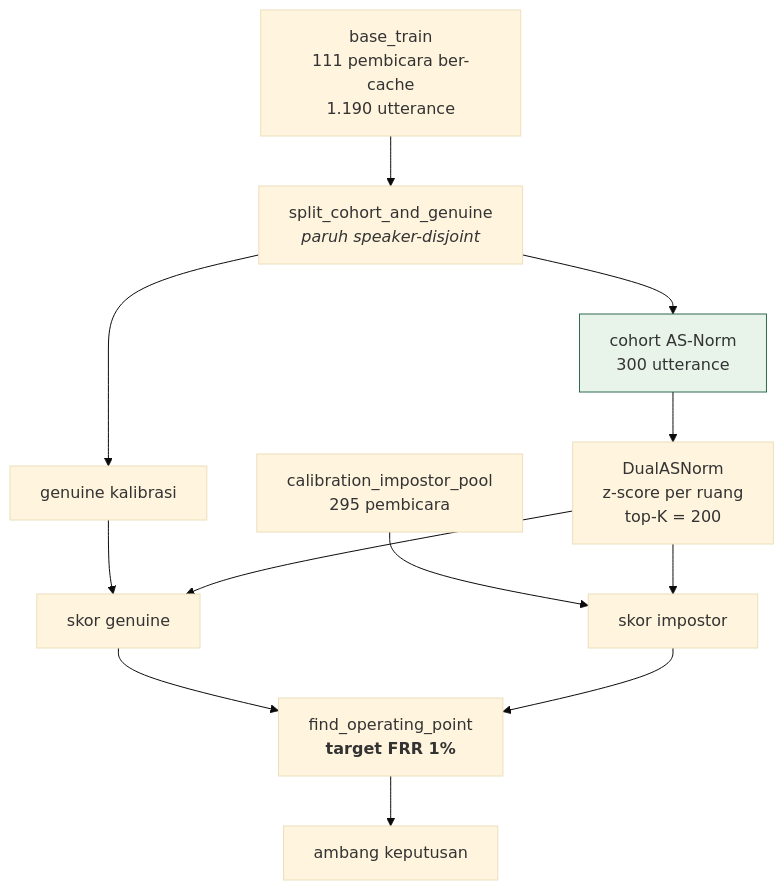
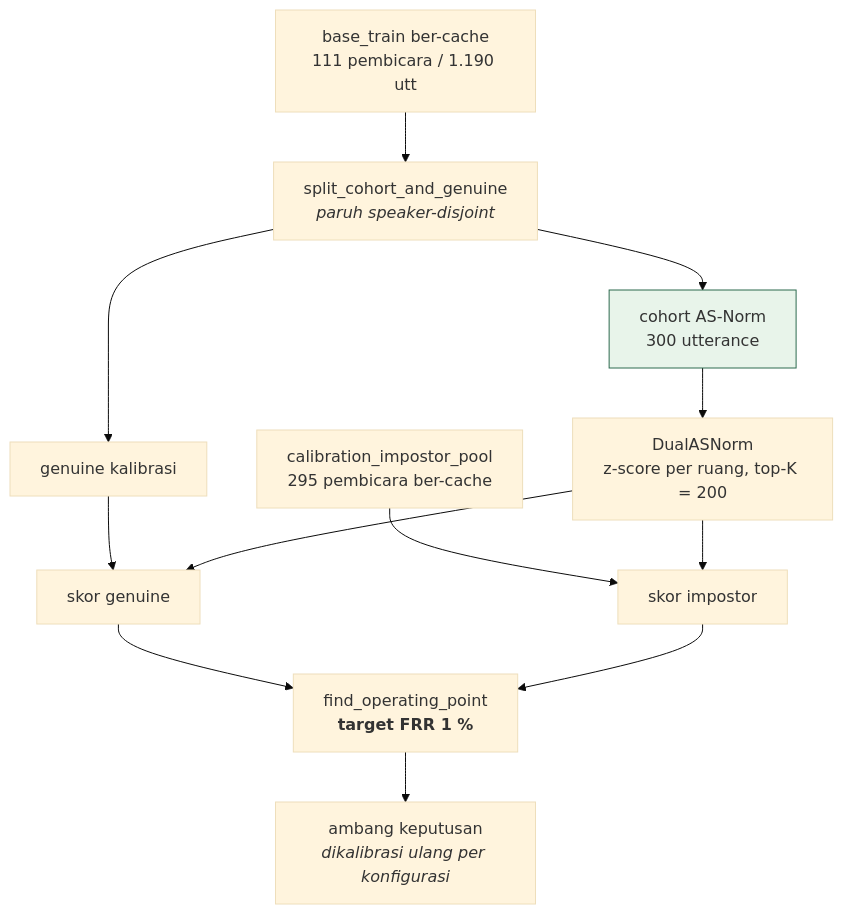
Before and after one commit to nilammufidah19/Incremental-OpenSet-SpeakerRecognition: the third of 4 diagrams in docs/experiment-6.md, drawn with Mermaid (base theme). The commit also changed other lines of this file, not shown here.

````diff
--- a/docs/experiment-6.md
+++ b/docs/experiment-6.md
@@ -166,16 +126,16 @@
 ```mermaid
 flowchart TD
-    A["base_train<br/>111 pembicara ber-cache<br/>1.190 utterance"] --> B["split_cohort_and_genuine<br/><i>paruh speaker-disjoint</i>"]
+    A["base_train ber-cache<br/>111 pembicara / 1.190 utt"] --> B["split_cohort_and_genuine<br/><i>paruh speaker-disjoint</i>"]
     B --> C["cohort AS-Norm<br/>300 utterance"]
     B --> D["genuine kalibrasi"]
-    E["calibration_impostor_pool<br/>295 pembicara"] --> F["skor impostor"]
+    E["calibration_impostor_pool<br/>295 pembicara ber-cache"] --> F["skor impostor"]
     D --> G["skor genuine"]
-    C --> H["DualASNorm<br/>z-score per ruang<br/>top-K = 200"]
+    C --> H["DualASNorm<br/>z-score per ruang, top-K = 200"]
     H --> G
     H --> F
-    G --> I["find_operating_point<br/><b>target FRR 1%</b>"]
+    G --> I["find_operating_point<br/><b>target FRR 1 %</b>"]
     F --> I
-    I --> J["ambang keputusan"]
+    I --> J["ambang keputusan<br/><i>dikalibrasi ulang per konfigurasi</i>"]
 
     style C fill:#e8f4ea,stroke:#2d6a4f
 ```
````
